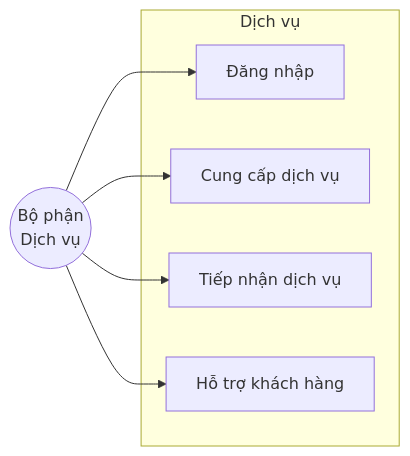
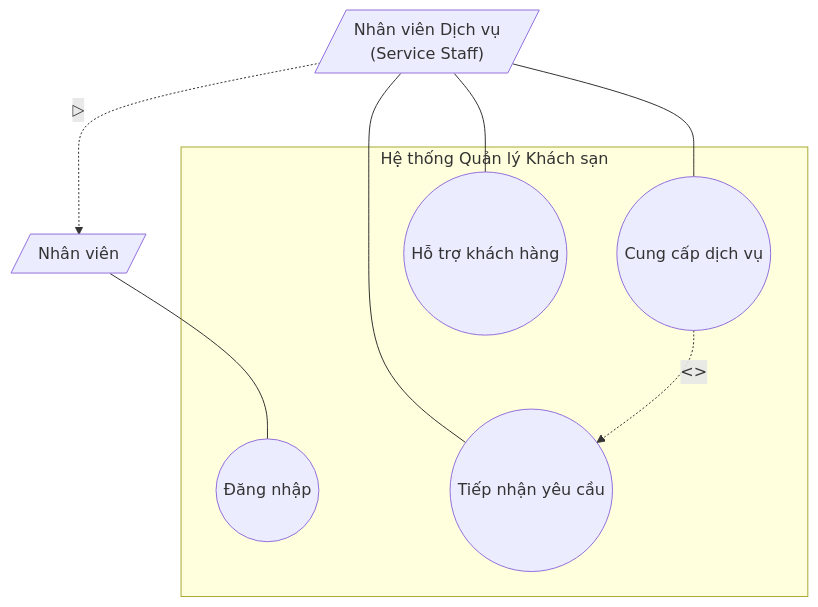
One commit to IvanLyVodka11/hotel-management changed the fourth of 11 diagrams in docs/BaoCao_HotelManagement.md. Above: the diagram before and after it, drawn with Mermaid. The commit also changed other lines of this file and 1 other file, not shown here.

Commit message:
Fix Use Case diagrams: add Actor generalization, include relationships, remove flow arrows

````diff
--- a/docs/BaoCao_HotelManagement.md
+++ b/docs/BaoCao_HotelManagement.md
@@ -188,16 +260,27 @@
 ```mermaid
-flowchart LR
-    subgraph Service["Dịch vụ"]
-        UC1[Đăng nhập]
-        UC2[Cung cấp dịch vụ]
-        UC3[Tiếp nhận dịch vụ]
-        UC4[Hỗ trợ khách hàng]
+flowchart TB
+    subgraph System["Hệ thống Quản lý Khách sạn"]
+        UC1((Đăng nhập))
+        UC2((Cung cấp dịch vụ))
+        UC3((Tiếp nhận yêu cầu))
+        UC4((Hỗ trợ khách hàng))
     end
     
-    DV((Bộ phận<br>Dịch vụ))
+    %% Actor cha và con
+    NV[/"Nhân viên"/]
+    NVDV[/"Nhân viên Dịch vụ<br/>(Service Staff)"/]
     
-    DV --> UC1
-    DV --> UC2
-    DV --> UC3
-    DV --> UC4
+    %% Generalization
+    NVDV -.->|▷| NV
+    
+    %% Actor cha nối với Use Case chung
+    NV --- UC1
+    
+    %% Actor Nhân viên Dịch vụ nối TRỰC TIẾP với từng Use Case
+    NVDV --- UC2
+    NVDV --- UC3
+    NVDV --- UC4
+    
+    %% Quan hệ Include
+    UC2 -.->|<<include>>| UC3
 ```
````
